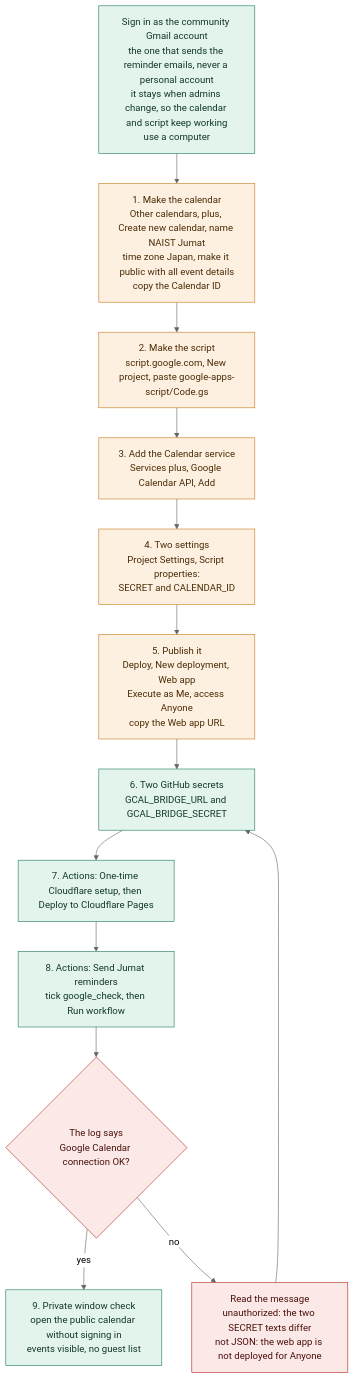
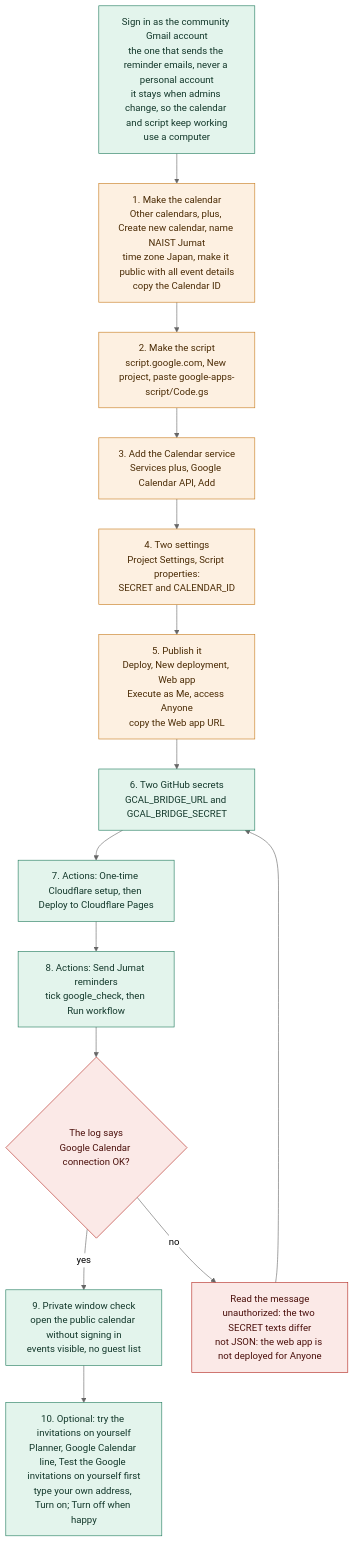
The diagram in public/flows/setup-google.mmd (mushaffarasyidridha/Jumat-Scheduler-NAIST), drawn with Mermaid (neutral theme) before and after one commit. The commit also changed 12 other files, not shown here.

First line of the commit message:
Google Calendar: invitation test mode (invite only the addresses you list)

```diff
--- a/public/flows/setup-google.mmd
+++ b/public/flows/setup-google.mmd
@@ -1,20 +1,21 @@
 flowchart TD
   A["Sign in as the community Gmail account<br/>the one that sends the reminder emails, never a personal account<br/>it stays when admins change, so the calendar and script keep working<br/>use a computer"] --> B["1. Make the calendar<br/>Other calendars, plus, Create new calendar, name NAIST Jumat<br/>time zone Japan, make it public with all event details<br/>copy the Calendar ID"]
   B --> C["2. Make the script<br/>script.google.com, New project, paste google-apps-script/Code.gs"]
   C --> D["3. Add the Calendar service<br/>Services plus, Google Calendar API, Add"]
   D --> E["4. Two settings<br/>Project Settings, Script properties:<br/>SECRET and CALENDAR_ID"]
   E --> F["5. Publish it<br/>Deploy, New deployment, Web app<br/>Execute as Me, access Anyone<br/>copy the Web app URL"]
   F --> G["6. Two GitHub secrets<br/>GCAL_BRIDGE_URL and GCAL_BRIDGE_SECRET"]
   G --> H["7. Actions: One-time Cloudflare setup, then Deploy to Cloudflare Pages"]
   H --> I["8. Actions: Send Jumat reminders<br/>tick google_check, then Run workflow"]
   I --> J{"The log says<br/>Google Calendar connection OK?"}
   J -->|"yes"| K["9. Private window check<br/>open the public calendar without signing in<br/>events visible, no guest list"]
+  K --> M["10. Optional: try the invitations on yourself<br/>Planner, Google Calendar line, Test the Google invitations on yourself first<br/>type your own address, Turn on; Turn off when happy"]
   J -->|"no"| L["Read the message<br/>unauthorized: the two SECRET texts differ<br/>not JSON: the web app is not deployed for Anyone"]
   L --> G
 
   classDef admin fill:#e3f4ec,stroke:#1f7a5c,color:#12372a
   classDef out fill:#fdf0e1,stroke:#c77b1c,color:#4a2b05
   classDef warn fill:#fbe9e7,stroke:#b3261e,color:#4a0f0b
-  class A,G,H,I,K admin
+  class A,G,H,I,K,M admin
   class B,C,D,E,F out
   class J,L warn
```
